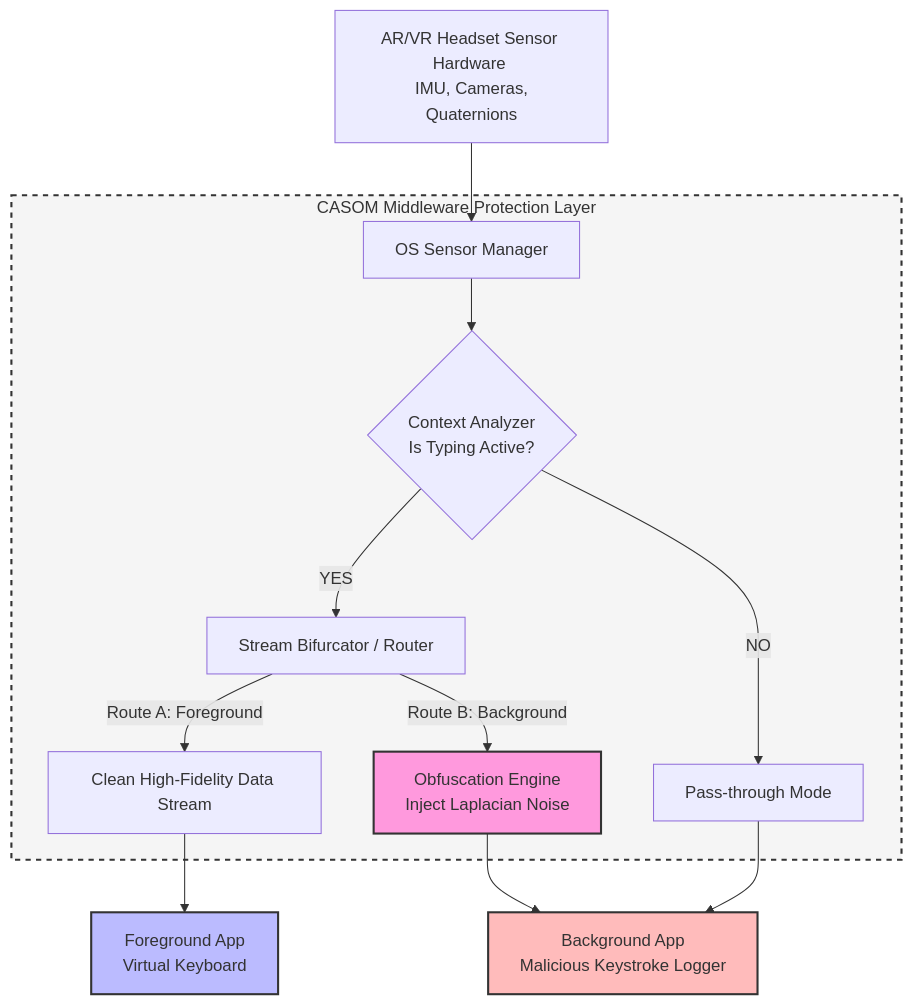
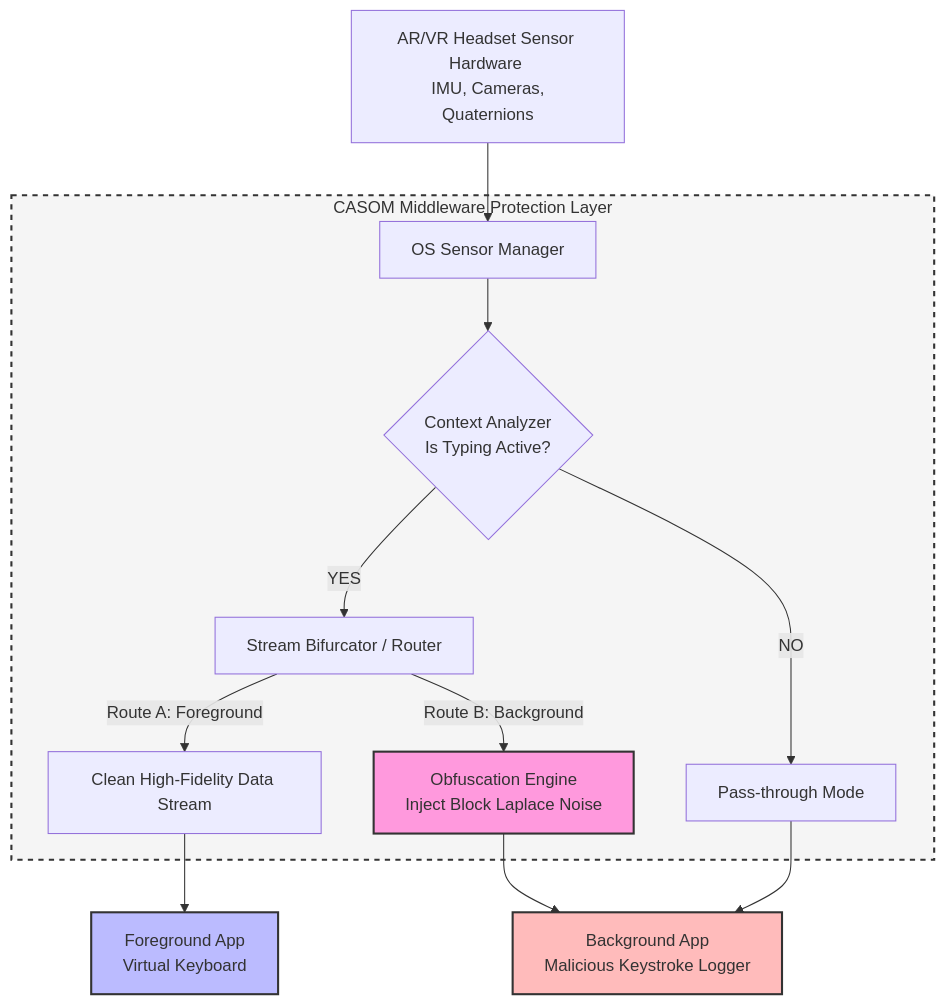
The first of 2 diagrams in howprotecting.md (AzDevops143/CSIEEE), drawn with Mermaid before and after one commit. The commit also changed other lines of this file and 13 other files, not shown here.

````diff
--- a/howprotecting.md
+++ b/howprotecting.md
@@ -11,22 +11,22 @@
 ```mermaid
 flowchart TD
     A[AR/VR Headset Sensor Hardware <br> IMU, Cameras, Quaternions] --> B[OS Sensor Manager]
     
     subgraph CASOM [CASOM Middleware Protection Layer]
         B --> C{Context Analyzer <br> Is Typing Active?}
         C -- YES --> D[Stream Bifurcator / Router]
         C -- NO --> E[Pass-through Mode]
         
         D -->|Route A: Foreground| F[Clean High-Fidelity Data Stream]
-        D -->|Route B: Background| G[Obfuscation Engine <br> Inject Laplacian Noise]
+        D -->|Route B: Background| G[Obfuscation Engine <br> Inject Block Laplace Noise]
     end
     
     F --> H[Foreground App <br> Virtual Keyboard]
     G --> I[Background App <br> Malicious Keystroke Logger]
     E --> I
     
     style CASOM fill:#f5f5f5,stroke:#333,stroke-width:2px,stroke-dasharray: 5 5
     style G fill:#f9d,stroke:#333,stroke-width:2px
     style H fill:#bbf,stroke:#333,stroke-width:2px
     style I fill:#fbb,stroke:#333,stroke-width:2px
 ```
````
